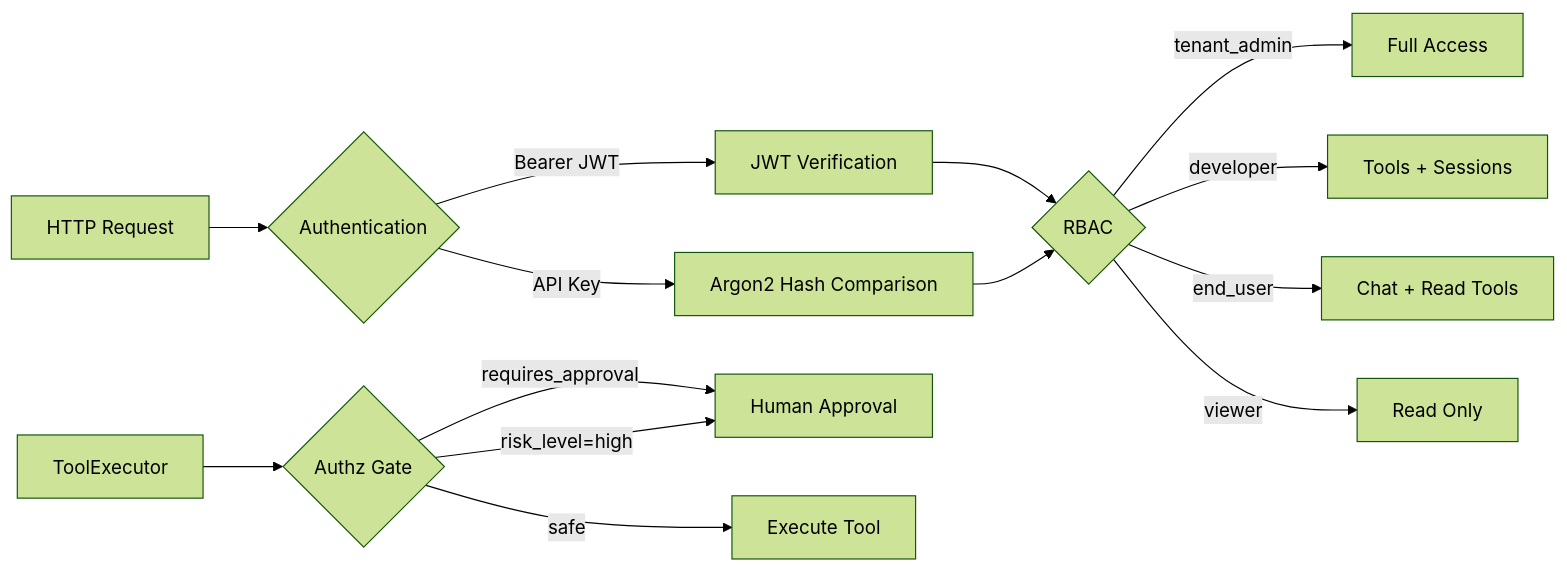
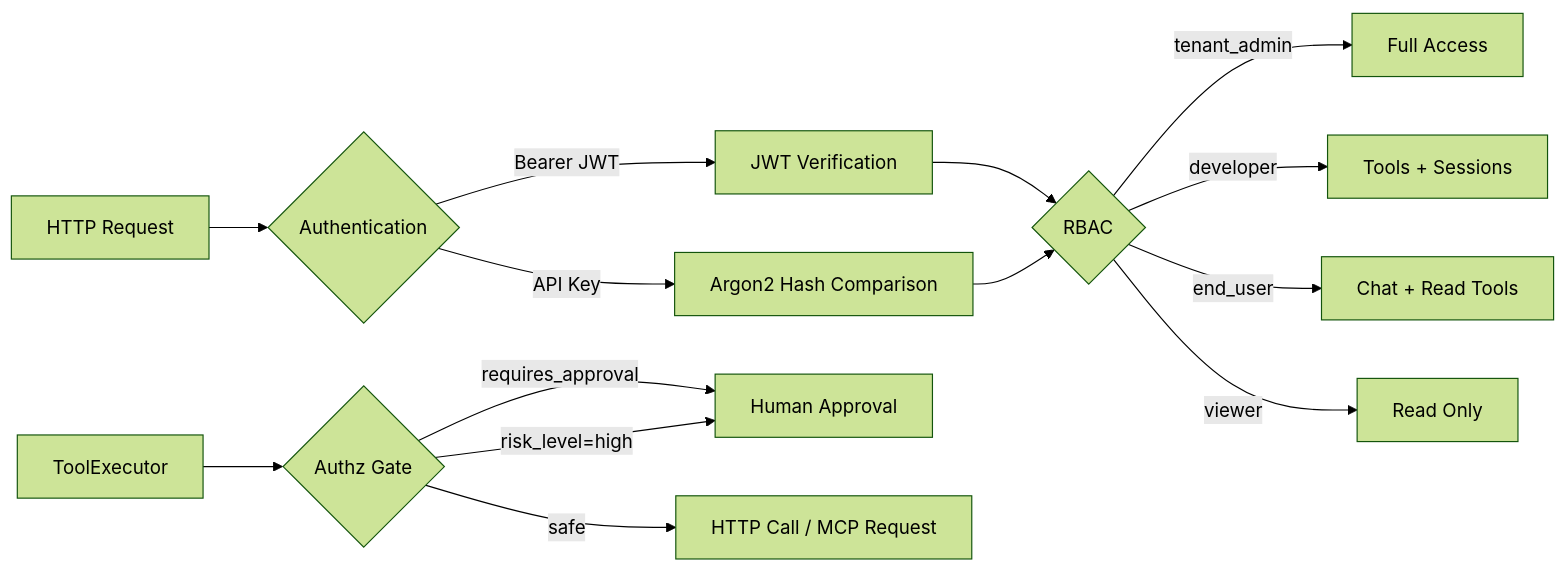
Before and after one commit to Muhammad-Husnain07/Nexus-Agent: the eighth of 8 diagrams in nexus-agent/docs/architecture.md, drawn with Mermaid (forest theme). The commit also changed other lines of this file and 3 other files, not shown here.

Commit message:
docs: update tool-registration, architecture, add frontend and embed guides

````diff
--- a/nexus-agent/docs/architecture.md
+++ b/nexus-agent/docs/architecture.md
@@ -190,19 +236,19 @@
 ```mermaid
 graph LR
     Request[HTTP Request] --> Auth{Authentication}
     Auth -->|Bearer JWT| JWTVerify[JWT Verification]
     Auth -->|API Key| KeyVerify[Argon2 Hash Comparison]
     
     JWTVerify --> RBAC{RBAC}
     KeyVerify --> RBAC
     
     RBAC -->|tenant_admin| Admin[Full Access]
     RBAC -->|developer| Dev[Tools + Sessions]
     RBAC -->|end_user| User[Chat + Read Tools]
     RBAC -->|viewer| Viewer[Read Only]
     
     ToolExec[ToolExecutor] --> Authz{Authz Gate}
     Authz -->|requires_approval| HITL[Human Approval]
     Authz -->|risk_level=high| HITL
-    Authz -->|safe| Execute[Execute Tool]
+    Authz -->|safe| HTTP[HTTP Call / MCP Request]
 ```
````
